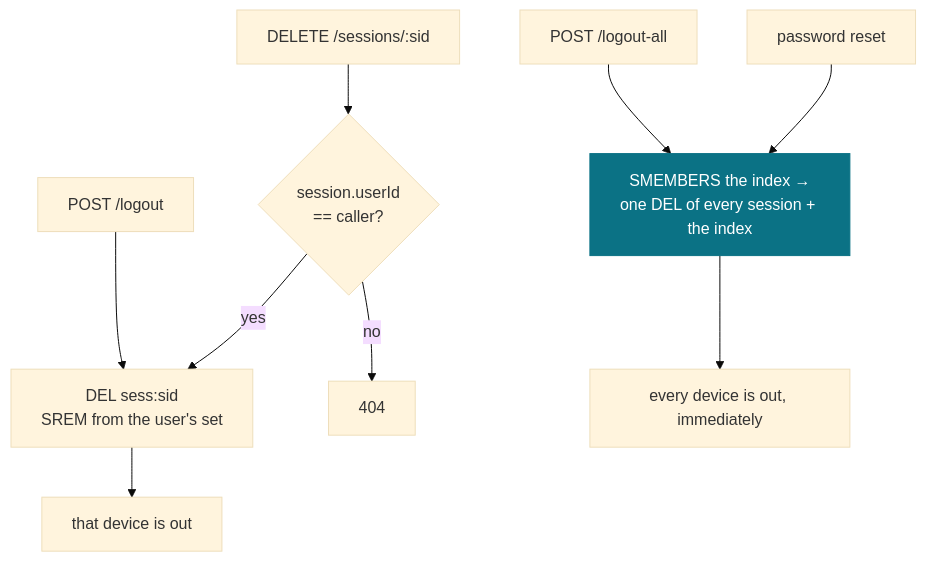
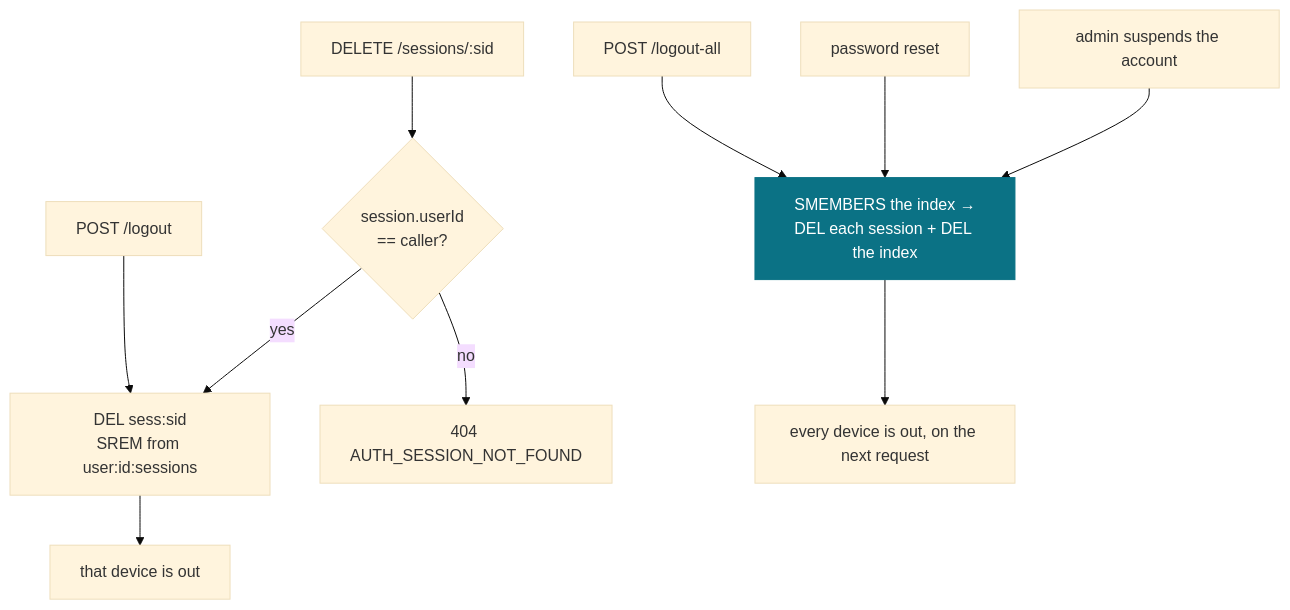
Before and after one commit to sufyan-devs/init-server-nodejs: the third of 4 diagrams in docs/modules/auth/flows.md, drawn with Mermaid (base theme). The commit also changed other lines of this file and 136 other files, not shown here.

````diff
--- a/docs/modules/auth/flows.md
+++ b/docs/modules/auth/flows.md
@@ -114,14 +224,15 @@
 ```mermaid
 flowchart TD
-  L["POST /logout"] --> D1["DEL sess:sid<br/>SREM from the user's set"]
+  L["POST /logout"] --> D1["DEL sess:sid<br/>SREM from user:id:sessions"]
   A["DELETE /sessions/:sid"] --> OWN{"session.userId<br/>== caller?"}
-  OWN -- no --> E["404"]
+  OWN -- no --> E["404 AUTH_SESSION_NOT_FOUND"]
   OWN -- yes --> D1
-  LA["POST /logout-all"] --> D2["SMEMBERS the index →<br/>one DEL of every session + the index"]
+  LA["POST /logout-all"] --> D2["SMEMBERS the index →<br/>DEL each session + DEL the index"]
   PR["password reset"] --> D2
+  SU["admin suspends the account"] --> D2
   D1 --> G["that device is out"]
-  D2 --> G2["every device is out, immediately"]
+  D2 --> G2["every device is out, on the next request"]
 
   classDef k fill:#0b7285,stroke:#0b7285,color:#fff
   class D2 k
 ```
````
